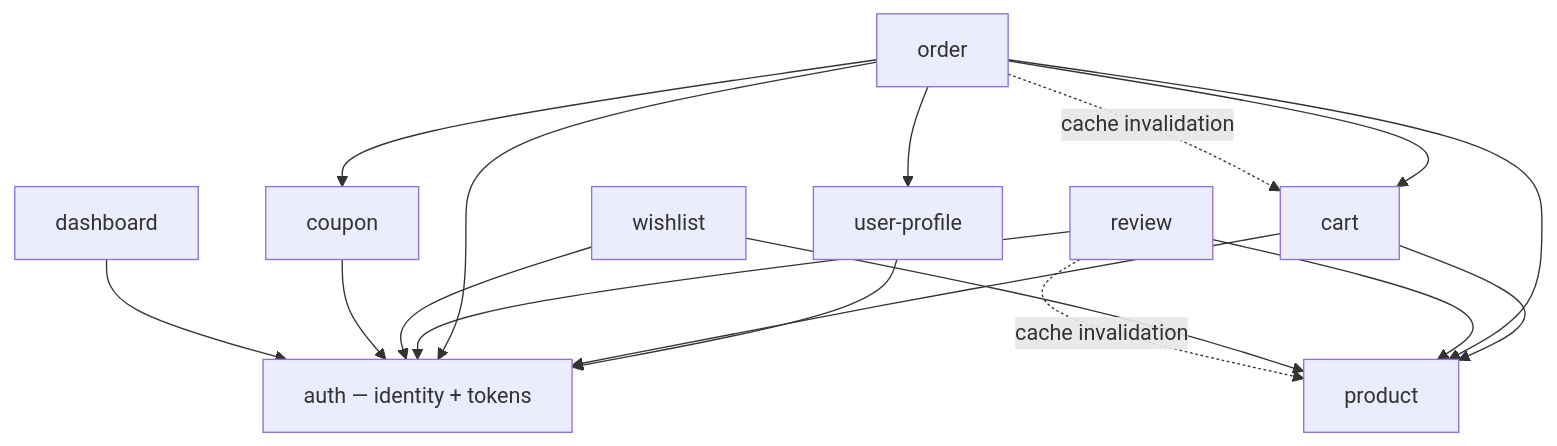
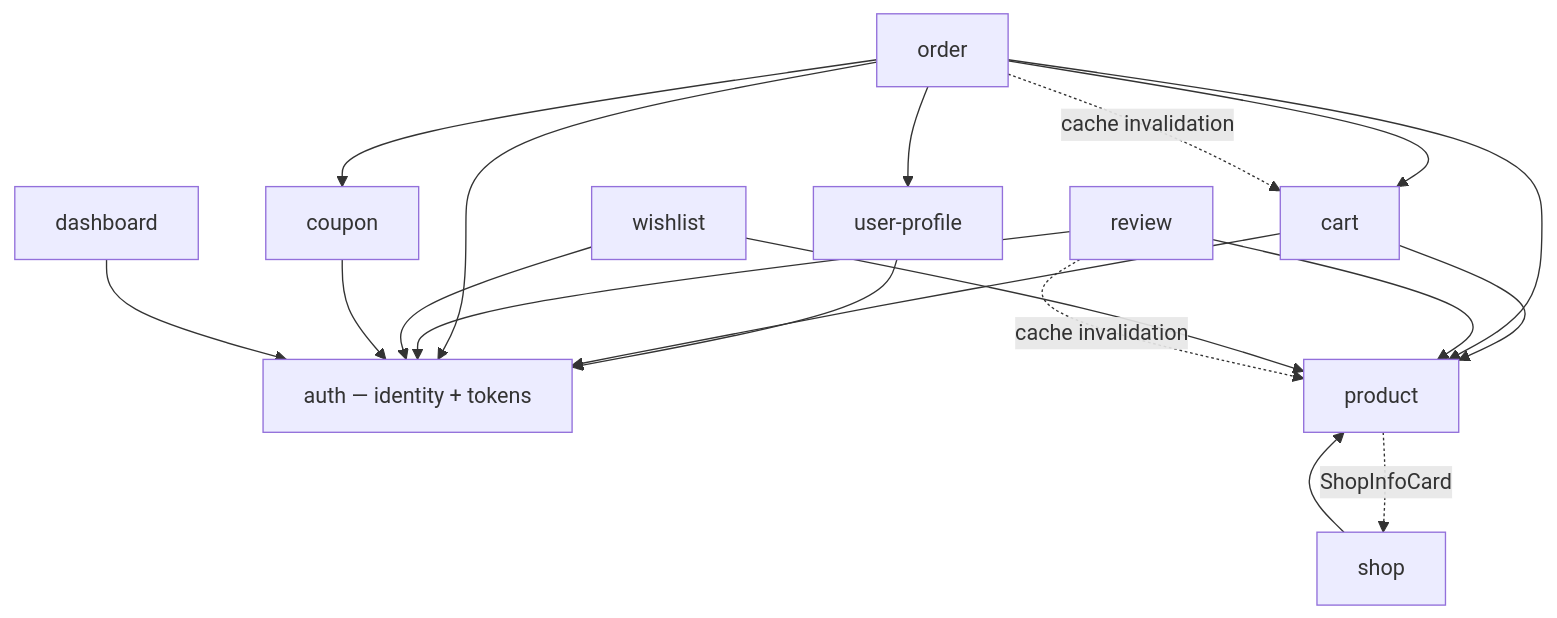
One commit to Hy-Khang/E-commerce-shop-Amazon- changed the second of 2 diagrams in frontend-react/docs/FE-ARCHITECTURE.md. Above: the diagram before and after it, drawn with Mermaid. The commit also changed other lines of this file and 80 other files, not shown here.

````diff
--- a/frontend-react/docs/FE-ARCHITECTURE.md
+++ b/frontend-react/docs/FE-ARCHITECTURE.md
@@ -193,23 +195,25 @@
 ```mermaid
 graph TD
     Auth["auth — identity + tokens"]
     UP["user-profile"] --> Auth
     Product["product"]
+    Shop["shop"] --> Product
     Cart["cart"] --> Auth
     Cart --> Product
     Order["order"] --> Auth
     Order --> Cart
     Order --> UP
     Order --> Product
     Review["review"] --> Auth
     Review --> Product
     Wishlist["wishlist"] --> Auth
     Wishlist --> Product
     Coupon["coupon"] --> Auth
     Order --> Coupon
 
     Dashboard["dashboard"] --> Auth
 
+    Product -.->|ShopInfoCard| Shop
     Order -.->|cache invalidation| Cart
     Review -.->|cache invalidation| Product
 ```
````
